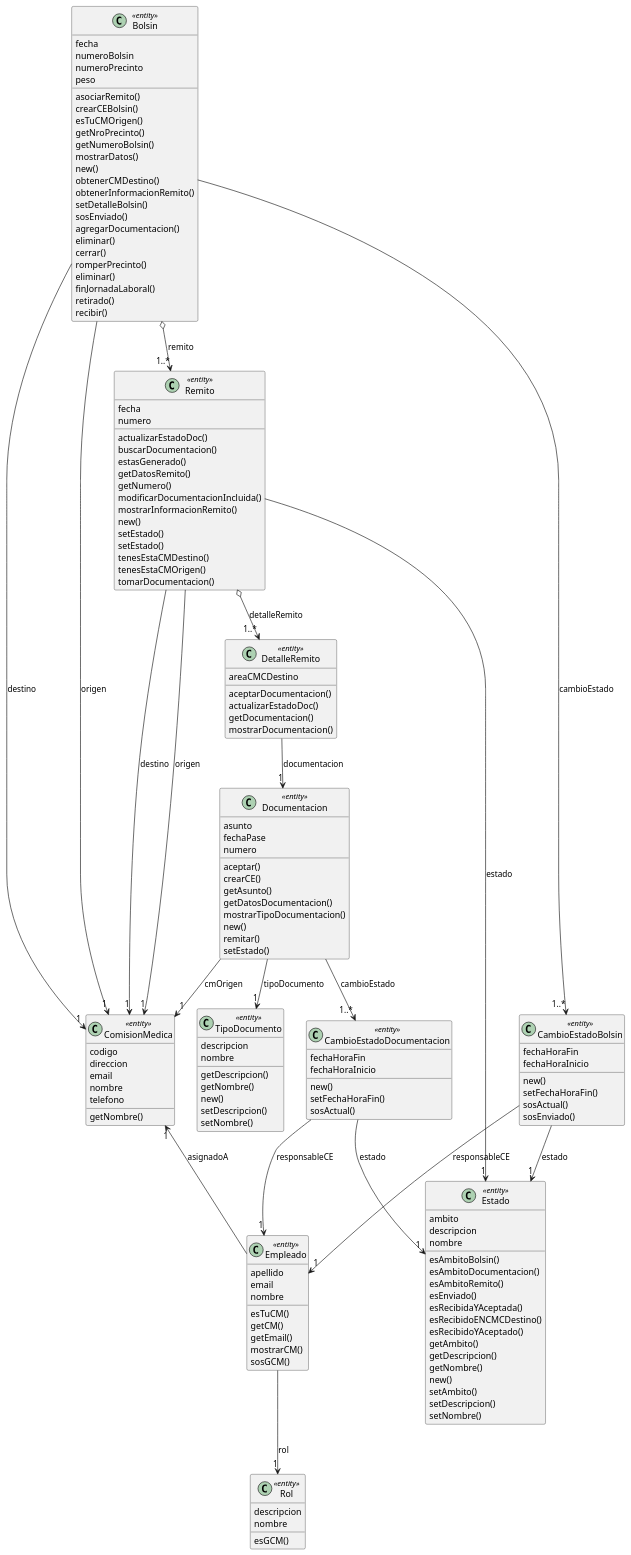
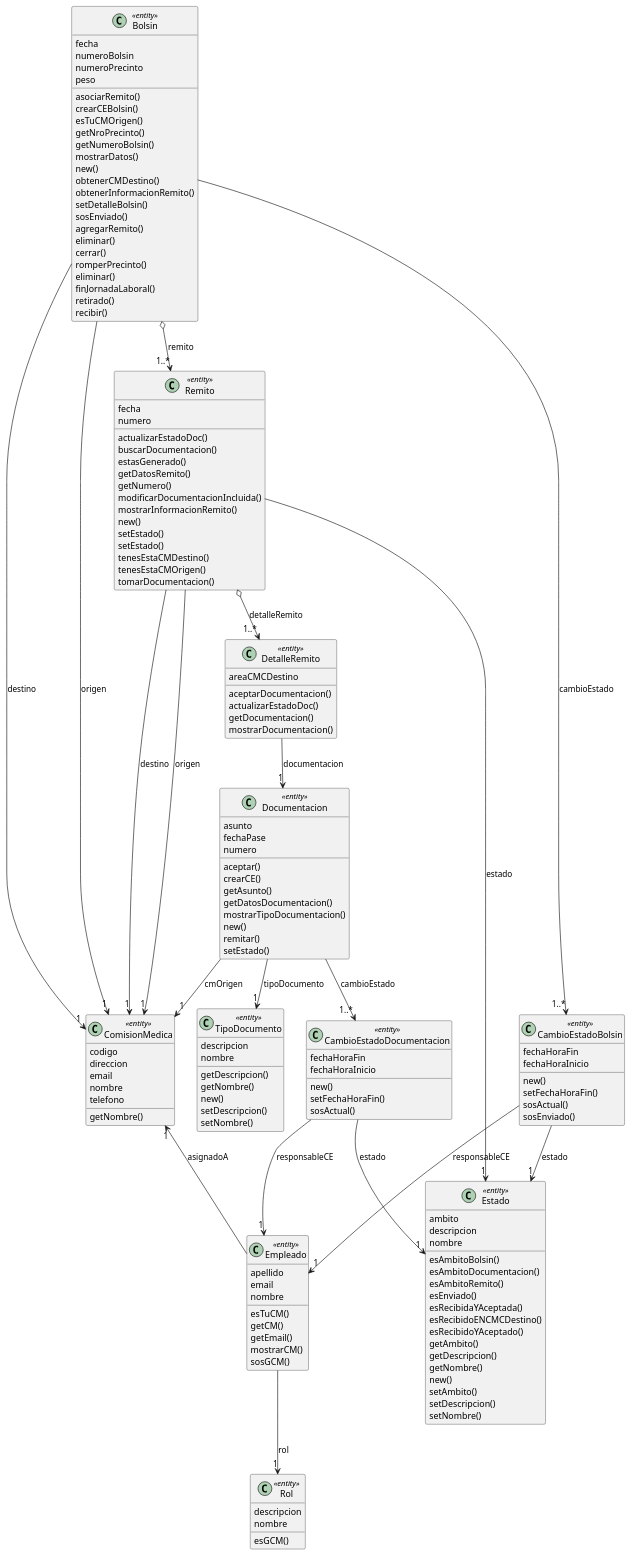
Before and after one commit to JuanjoCasas/PPAI-Bolsin: the diagram in doc/CU28_RegistrarRecepcionDeBolsin/VistaClasesAnalisis.puml, drawn with PlantUML. The commit also changed 1 other file, not shown here.

```diff
--- a/doc/CU28_RegistrarRecepcionDeBolsin/VistaClasesAnalisis.puml
+++ b/doc/CU28_RegistrarRecepcionDeBolsin/VistaClasesAnalisis.puml
@@ -1,165 +1,165 @@
 @startuml "RegistrarRecepcionDeBolsin"
 
 class Empleado <<entity>> {
   apellido
   email
   nombre
   esTuCM()
   getCM()
   getEmail()
   mostrarCM()
   sosGCM()
 }
 
 class ComisionMedica <<entity>> {
   codigo
   direccion
   email
   nombre
   telefono
   getNombre()
 }
 
 class Bolsin <<entity>> {
   fecha
   numeroBolsin
   numeroPrecinto
   peso
   asociarRemito()
   crearCEBolsin()
   esTuCMOrigen()
   getNroPrecinto()
   getNumeroBolsin()
   mostrarDatos()
   new()
   obtenerCMDestino()
   obtenerInformacionRemito()
   setDetalleBolsin()
   sosEnviado()
-  agregarDocumentacion()
+  agregarRemito()
   eliminar()
   cerrar()
   romperPrecinto()
   eliminar()
   finJornadaLaboral()
   retirado()
   recibir()
 }
 
 class Remito <<entity>> {
   fecha
   numero
   actualizarEstadoDoc()
   buscarDocumentacion()
   estasGenerado()
   getDatosRemito()
   getNumero()
   modificarDocumentacionIncluida()
   mostrarInformacionRemito()
   new()
   setEstado()
   setEstado()
   tenesEstaCMDestino()
   tenesEstaCMOrigen()
   tomarDocumentacion()
 }
 
 class CambioEstadoBolsin <<entity>> {
   fechaHoraFin
   fechaHoraInicio
   new()
   setFechaHoraFin()
   sosActual()
   sosEnviado()
 }
 
 class Estado <<entity>> {
   ambito
   descripcion
   nombre
   esAmbitoBolsin()
   esAmbitoDocumentacion()
   esAmbitoRemito()
   esEnviado()
   esRecibidaYAceptada()
   esRecibidoENCMCDestino()
   esRecibidoYAceptado()
   getAmbito()
   getDescripcion()
   getNombre()
   new()
   setAmbito()
   setDescripcion()
   setNombre()
 }
 
 class Documentacion <<entity>> {
   asunto
   fechaPase
   numero
   aceptar()
   crearCE()
   getAsunto()
   getDatosDocumentacion()
   mostrarTipoDocumentacion()
   new()
   remitar()
   setEstado()
 }
 
 class TipoDocumento <<entity>> {
   descripcion
   nombre
   getDescripcion()
   getNombre()
   new()
   setDescripcion()
   setNombre()
 }
 
 class Rol <<entity>> {
   descripcion
   nombre
   esGCM()
 }
 
 class DetalleRemito <<entity>> {
   areaCMCDestino
   aceptarDocumentacion()
   actualizarEstadoDoc()
   getDocumentacion()
   mostrarDocumentacion()
 }
 
 
 class CambioEstadoDocumentacion <<entity>> {
   fechaHoraFin
   fechaHoraInicio
   new()
   setFechaHoraFin()
   sosActual()
 }
 
 ComisionMedica "1" <-- Empleado : asignadoA
 Empleado --> "1" Rol : rol
 
 Documentacion --> "1" TipoDocumento : tipoDocumento
 Documentacion --> "1" ComisionMedica : cmOrigen
 Documentacion --> "1..*" CambioEstadoDocumentacion : cambioEstado
 CambioEstadoDocumentacion --> "1" Estado : estado
 CambioEstadoDocumentacion --> "1" Empleado : responsableCE
 
 Remito o--> "1..*" DetalleRemito : detalleRemito
 DetalleRemito --> "1" Documentacion : documentacion
 Remito --> "1" ComisionMedica : origen
 Remito --> "1" ComisionMedica : destino
 Remito --> "1" Estado : estado
 
 Bolsin o--> "1..*" Remito : remito
 Bolsin --> "1" ComisionMedica : origen
 Bolsin --> "1" ComisionMedica : destino
 Bolsin --> "1..*" CambioEstadoBolsin : cambioEstado
 CambioEstadoBolsin --> "1" Estado : estado
 CambioEstadoBolsin --> "1" Empleado : responsableCE
 
 @enduml
```
